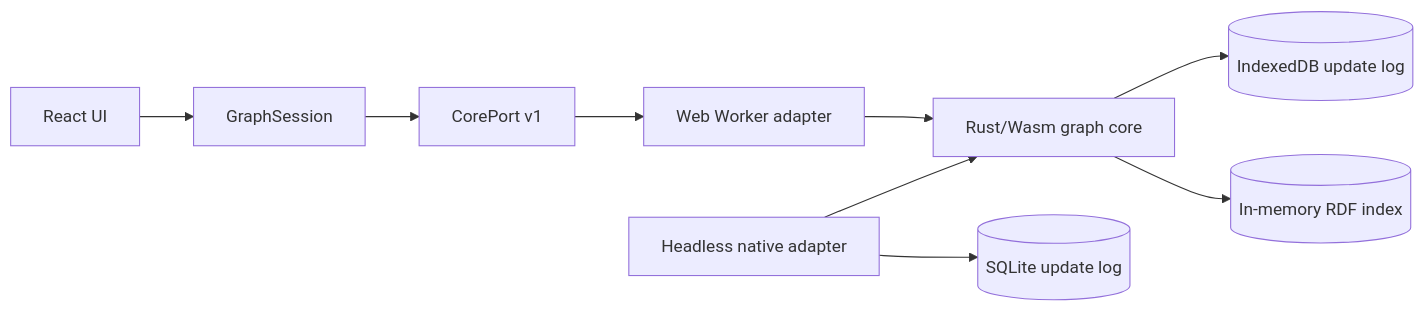
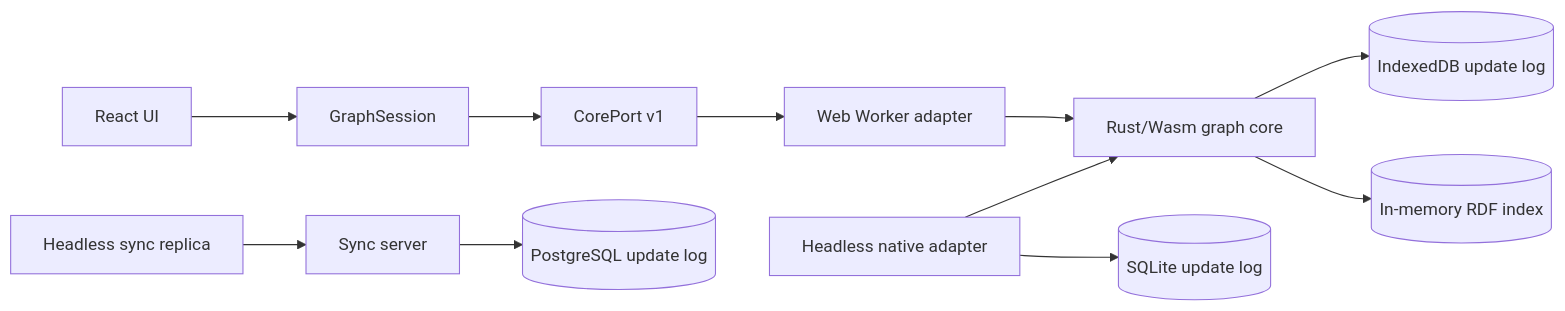
Before and after one commit to waneon/neoseq: the diagram in ARCHITECTURE.md, drawn with Mermaid. The commit also changed other lines of this file and 33 other files, not shown here.

Commit message:
feat: implement durable sync server

````diff
--- a/ARCHITECTURE.md
+++ b/ARCHITECTURE.md
@@ -34,12 +36,15 @@
 ```mermaid
 flowchart LR
     UI[React UI] --> Session[GraphSession]
     Session --> Port[CorePort v1]
     Port --> Worker[Web Worker adapter]
     Worker --> Core[Rust/Wasm graph core]
     Core --> Store[(IndexedDB update log)]
     Core --> Index[(In-memory RDF index)]
 
     Native[Headless native adapter] --> Core
     Native --> SQLite[(SQLite update log)]
+
+    Replica[Headless sync replica] --> Sync[Sync server]
+    Sync --> Postgres[(PostgreSQL update log)]
 ```
````
